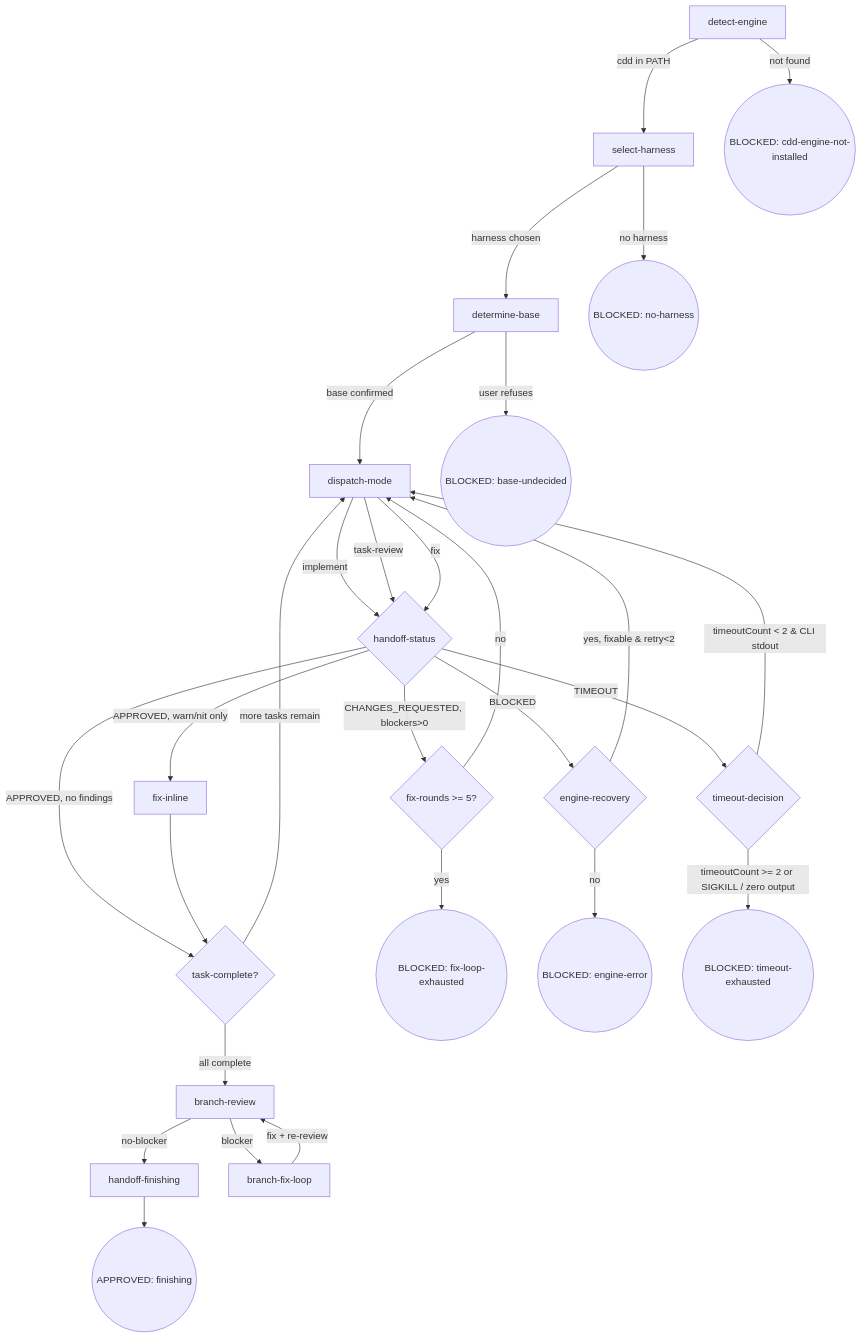
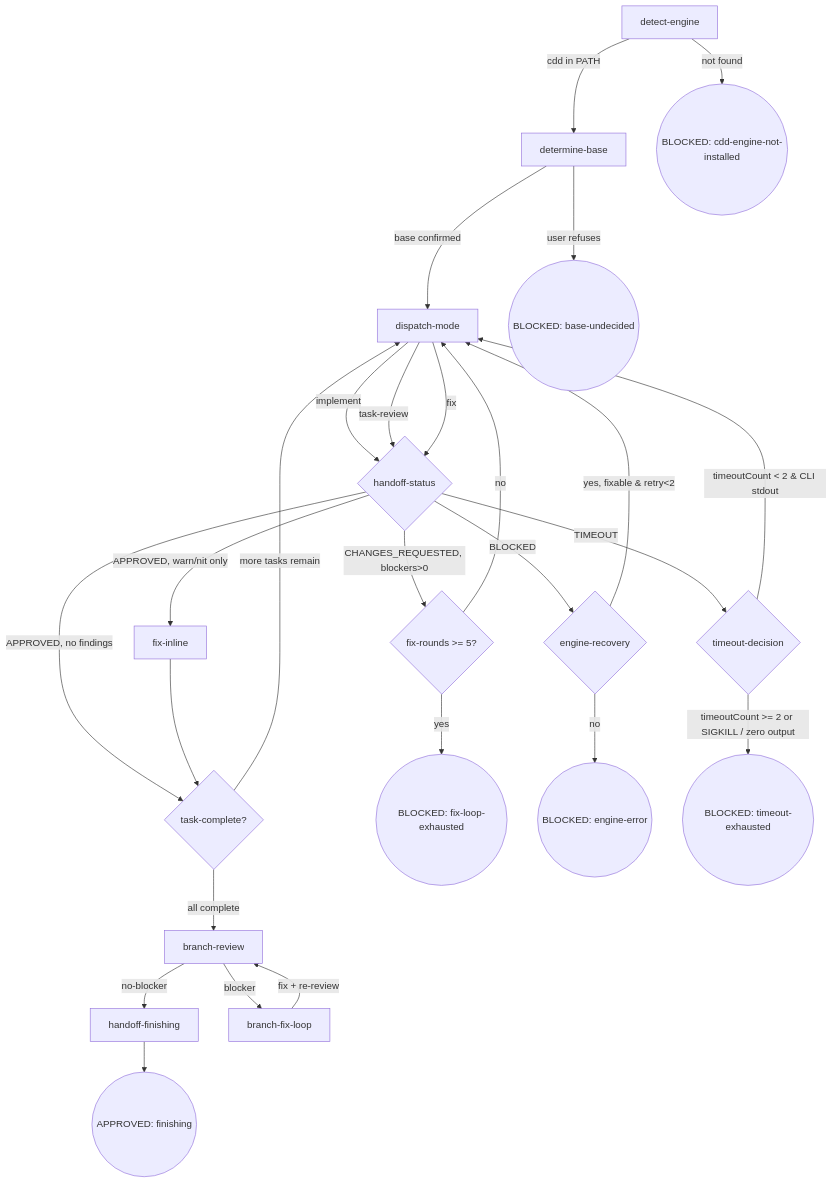
Before and after one commit to Oscaner/skills: the diagram in packages/osuperpowers/.agents/skills/osuperpowers/cli-driven-development/SKILL.md, drawn with Mermaid. The commit also changed other lines of this file and 23 other files, not shown here.

Commit message:
refactor(cdd-engine): review/fix drop --doc — type-self-describing --spec/--plan target param (D11)

````diff
--- a/packages/osuperpowers/.agents/skills/osuperpowers/cli-driven-development/SKILL.md
+++ b/packages/osuperpowers/.agents/skills/osuperpowers/cli-driven-development/SKILL.md
@@ -12,30 +12,28 @@
 ```mermaid
 flowchart TD
-  A[detect-engine] -->|cdd in PATH| B[select-harness]
+  A[detect-engine] -->|cdd in PATH| C[determine-base]
   A -->|not found| Z0((BLOCKED: cdd-engine-not-installed))
-  B -->|harness chosen| C[determine-base]
-  B -->|no harness| Z1((BLOCKED: no-harness))
   C -->|base confirmed| D[dispatch-mode]
   C -->|user refuses| Z2((BLOCKED: base-undecided))
   D -->|implement| E{handoff-status}
   D -->|task-review| E
   D -->|fix| E
   E -->|APPROVED, no findings| F{task-complete?}
   E -->|APPROVED, warn/nit only| FIX_INLINE[fix-inline]
   FIX_INLINE --> F
   E -->|CHANGES_REQUESTED, blockers>0| G{fix-rounds >= 5?}
   E -->|BLOCKED| R{engine-recovery}
   E -->|TIMEOUT| T{timeout-decision}
   F -->|more tasks remain| D
   F -->|all complete| K[branch-review]
   G -->|no| D
   G -->|yes| Z4((BLOCKED: fix-loop-exhausted))
   R -->|yes, fixable & retry<2| D
   R -->|no| Z3((BLOCKED: engine-error))
   T -->|timeoutCount < 2 & CLI stdout| D
   T -->|timeoutCount >= 2 or SIGKILL / zero output| Z6((BLOCKED: timeout-exhausted))
   K -->|no-blocker| L[handoff-finishing]
   K -->|blocker| J[branch-fix-loop]
   J -->|fix + re-review| K
   L --> M((APPROVED: finishing))
 ```
````
